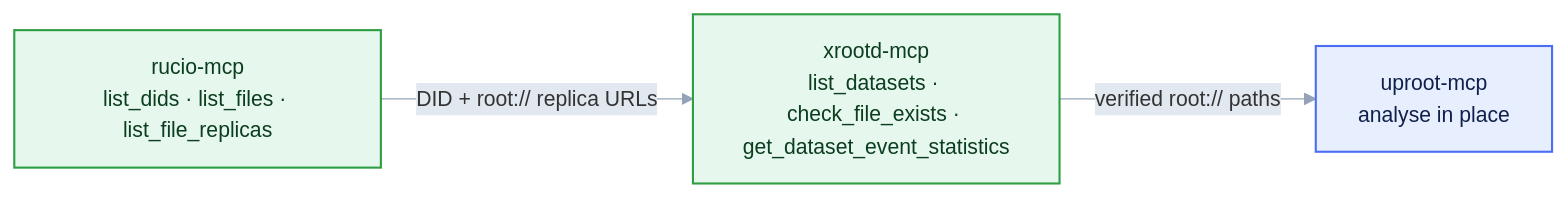
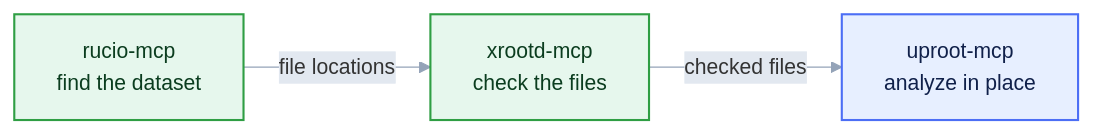
Before and after one commit to aprozo/tutorial-mcp: the second of 2 diagrams in 03-mcp-servers.md, drawn with Mermaid. The commit also changed other lines of this file and 15 other files, not shown here.

````diff
--- a/03-mcp-servers.md
+++ b/03-mcp-servers.md
@@ -208,10 +140,10 @@
 ```mermaid
 %%{init: {'theme':'base', 'themeVariables': {'fontSize':'15px','lineColor':'#94a3b8','edgeLabelBackground':'#e2e8f0','clusterBkg':'#1f293720','clusterBorder':'#94a3b8','titleColor':'#94a3b8'}}}%%
 flowchart LR
     accTitle: {EIC MCP data tools}
     accDescr: {EIC MCP data tools}
-    R["rucio-mcp<br/>list_dids · list_files · list_file_replicas"]:::tool -->|"DID + root:// replica URLs"| X["xrootd-mcp<br/>list_datasets · check_file_exists · get_dataset_event_statistics"]:::tool
-    X -->|"verified root:// paths"| U["uproot-mcp<br/>analyse in place"]:::core
+    R["rucio-mcp<br/>find the dataset"]:::tool -->|"file locations"| X["xrootd-mcp<br/>check the files"]:::tool
+    X -->|"checked files"| U["uproot-mcp<br/>analyze in place"]:::core
     classDef tool fill:#e6f7ed,stroke:#2f9e44,stroke-width:1.5px,color:#0b3d1f;
     classDef core fill:#e7efff,stroke:#4c6ef5,stroke-width:1.5px,color:#10204a;
 ```
````
